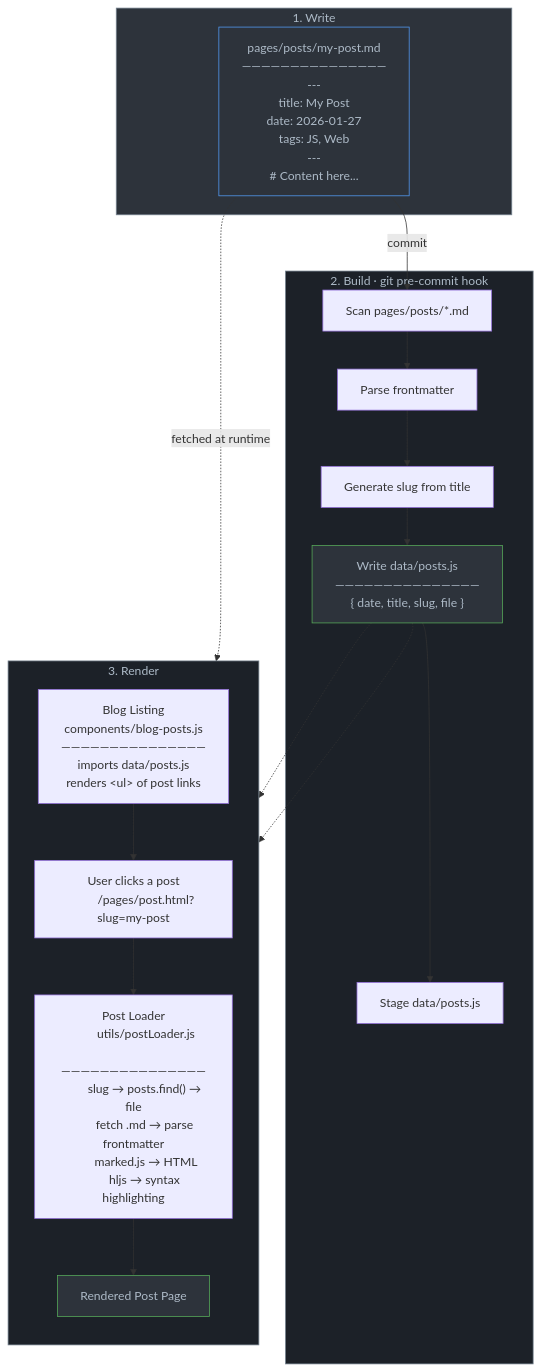
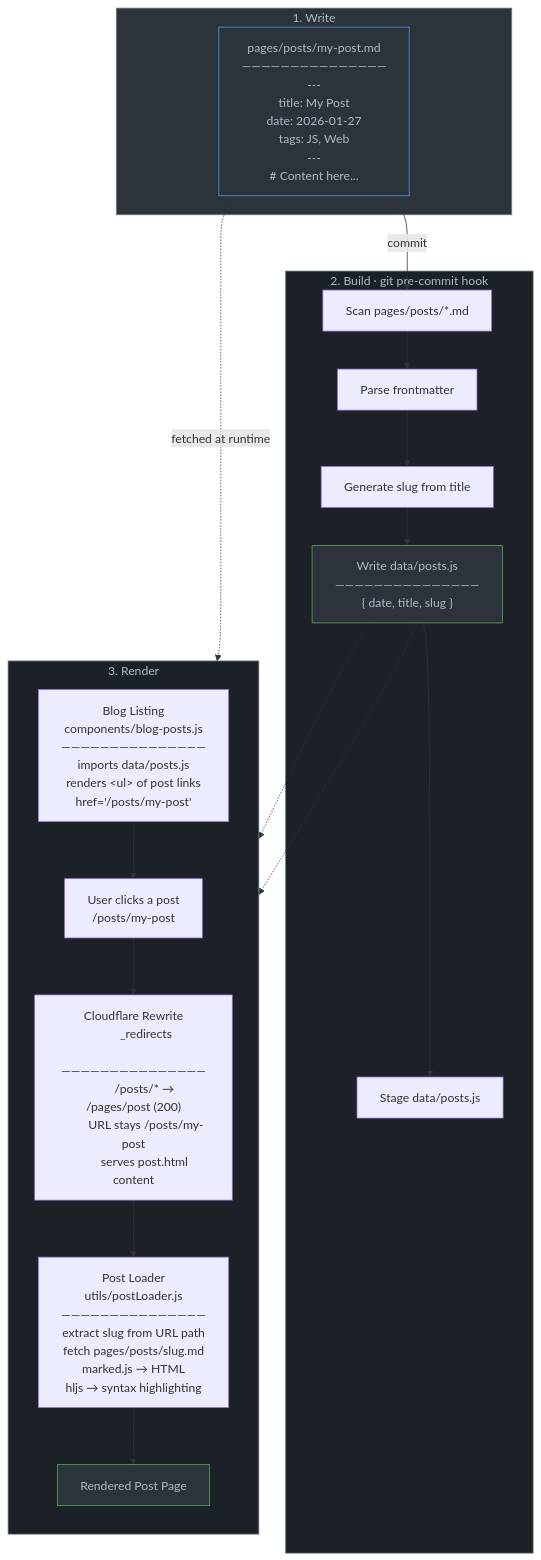
Before and after one commit to lylaminju/personal-website: the diagram in README.md, drawn with Mermaid. The commit also changed other lines of this file, not shown here.

Commit message:
docs: update blog post routing diagram with Cloudflare rewrite

````diff
--- a/README.md
+++ b/README.md
@@ -10,60 +12,68 @@
 ```mermaid
 flowchart TB
     subgraph Write["1. Write"]
         md["pages/posts/my-post.md
         ―――――――――――――――
         ---
         title: My Post
         date: 2026-01-27
         tags: JS, Web
         ---
         # Content here..."]
     end
 
     subgraph Build["2. Build · git pre-commit hook"]
         scan[Scan pages/posts/*.md]
         parse[Parse frontmatter]
         slug[Generate slug from title]
         write["Write data/posts.js
         ―――――――――――――――
-        { date, title, slug, file }"]
+        { date, title, slug }"]
         stage[Stage data/posts.js]
         scan --> parse --> slug --> write --> stage
     end
 
     subgraph Render["3. Render"]
         direction TB
         list["Blog Listing
         components/blog-posts.js
         ―――――――――――――――
         imports data/posts.js
-        renders &lt;ul&gt; of post links"]
+        renders &lt;ul&gt; of post links
+        href='/posts/my-post'"]
 
         click_["User clicks a post
-        /pages/post.html?slug=my-post"]
+        /posts/my-post"]
+
+        rewrite["Cloudflare Rewrite
+        _redirects
+        ―――――――――――――――
+        /posts/* → /pages/post (200)
+        URL stays /posts/my-post
+        serves post.html content"]
 
         loader["Post Loader
         utils/postLoader.js
         ―――――――――――――――
-        slug → posts.find() → file
-        fetch .md → parse frontmatter
+        extract slug from URL path
+        fetch pages/posts/slug.md
         marked.js → HTML
         hljs → syntax highlighting"]
 
         page["Rendered Post Page"]
 
-        list --> click_ --> loader --> page
+        list --> click_ --> rewrite --> loader --> page
     end
 
     md -->|commit| scan
     write -.-> list
     write -.-> loader
     md -.->|fetched at runtime| loader
 
     style Write fill:#2d333b,stroke:#768390,color:#adbac7
     style Build fill:#1c2128,stroke:#768390,color:#adbac7
     style Render fill:#1c2128,stroke:#768390,color:#adbac7
     style md fill:#2d333b,stroke:#539bf5,color:#adbac7
     style write fill:#2d333b,stroke:#57ab5a,color:#adbac7
     style page fill:#2d333b,stroke:#57ab5a,color:#adbac7
 ```
````
